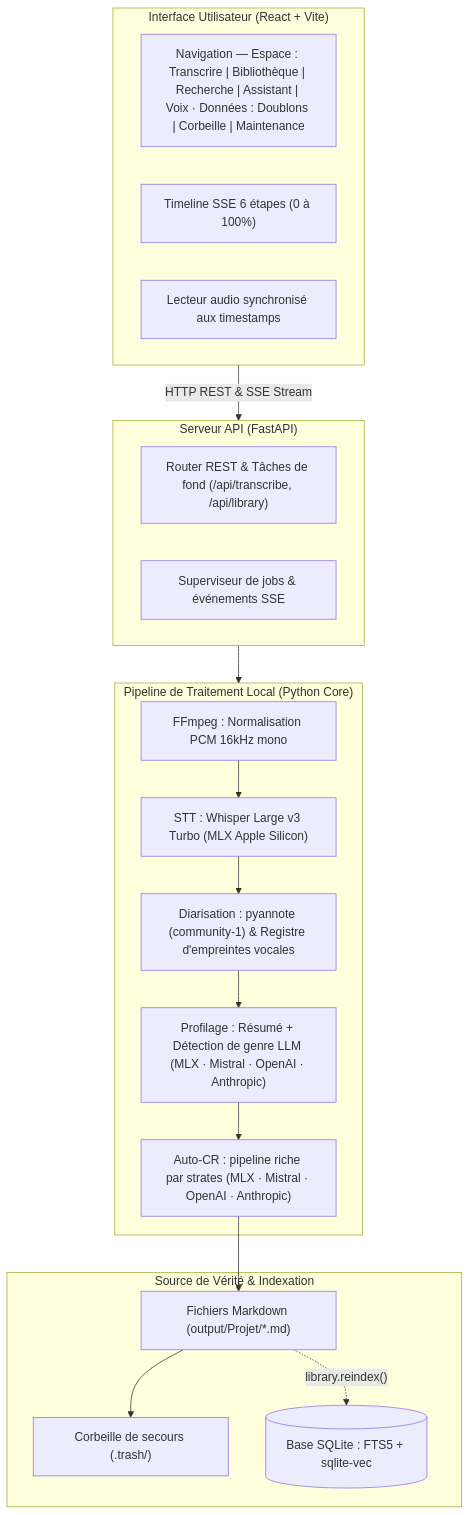
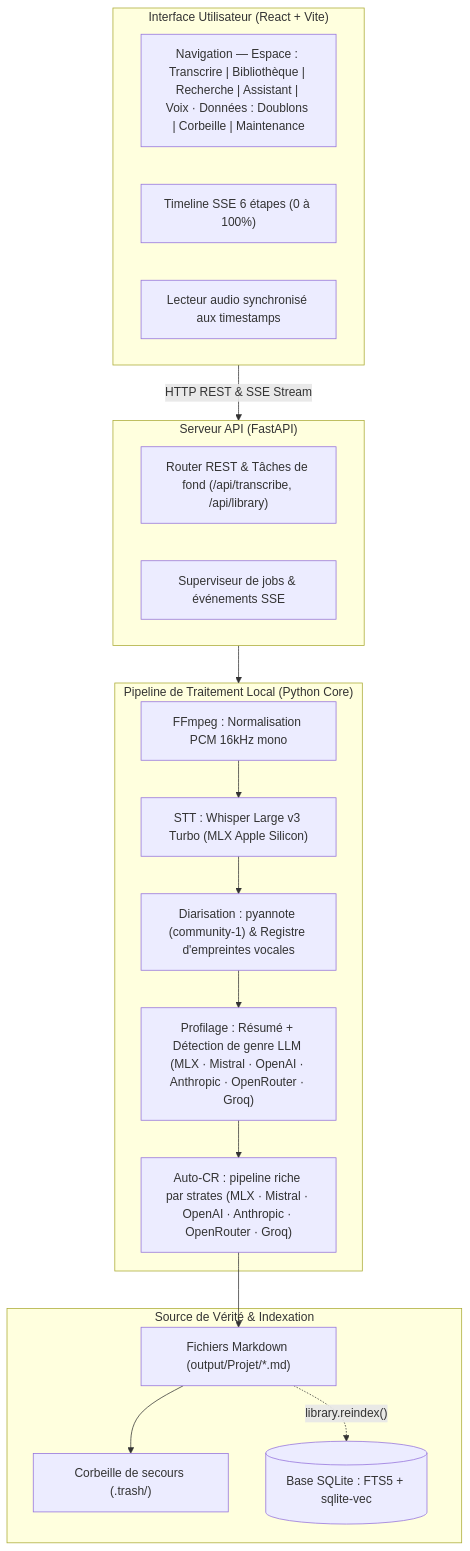
One commit to nineloop/memoglyph changed the diagram in docs/architecture.md. Above: the diagram before and after it, drawn with Mermaid. The commit also changed 56 other files, not shown here.

````diff
--- a/docs/architecture.md
+++ b/docs/architecture.md
@@ -5,37 +5,37 @@
 ```mermaid
 flowchart TD
     subgraph UI ["Interface Utilisateur (React + Vite)"]
         Nav["Navigation — Espace : Transcrire | Bibliothèque | Recherche | Assistant | Voix · Données : Doublons | Corbeille | Maintenance"]
         Timeline["Timeline SSE 6 étapes (0 à 100%)"]
         Player["Lecteur audio synchronisé aux timestamps"]
     end
 
     subgraph API ["Serveur API (FastAPI)"]
         Router["Router REST & Tâches de fond (/api/transcribe, /api/library)"]
         JobSupervisor["Superviseur de jobs & événements SSE"]
     end
 
     subgraph Core ["Pipeline de Traitement Local (Python Core)"]
         AudioPrep["FFmpeg : Normalisation PCM 16kHz mono"]
         STTEngine["STT : Whisper Large v3 Turbo (MLX Apple Silicon)"]
         DiarEngine["Diarisation : pyannote (community-1) & Registre d'empreintes vocales"]
-        LLMProfile["Profilage : Résumé + Détection de genre LLM (MLX · Mistral · OpenAI · Anthropic)"]
-        LLMReport["Auto-CR : pipeline riche par strates (MLX · Mistral · OpenAI · Anthropic)"]
+        LLMProfile["Profilage : Résumé + Détection de genre LLM (MLX · Mistral · OpenAI · Anthropic · OpenRouter · Groq)"]
+        LLMReport["Auto-CR : pipeline riche par strates (MLX · Mistral · OpenAI · Anthropic · OpenRouter · Groq)"]
     end
 
     subgraph Storage ["Source de Vérité & Indexation"]
         MDStore["Fichiers Markdown (output/Projet/*.md)"]
         TrashDir["Corbeille de secours (.trash/)"]
         SQLiteDB[("Base SQLite : FTS5 + sqlite-vec")]
     end
 
     UI -->|HTTP REST & SSE Stream| API
     API --> Core
     AudioPrep --> STTEngine
     STTEngine --> DiarEngine
     DiarEngine --> LLMProfile
     LLMProfile --> LLMReport
     LLMReport --> MDStore
     MDStore -.->|"library.reindex()"| SQLiteDB
     MDStore --> TrashDir
 ```
````
